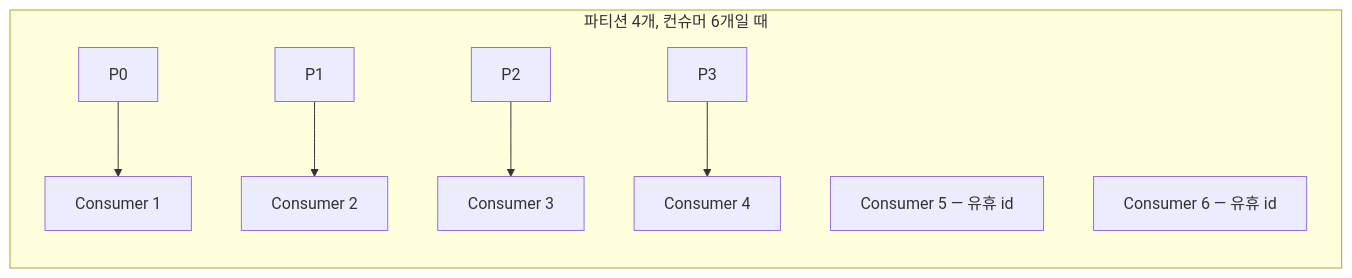
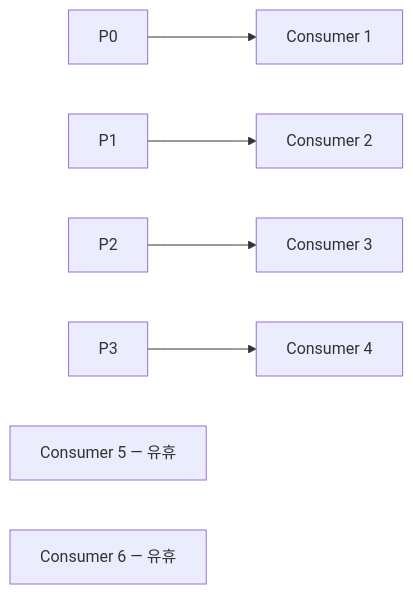
The sixth of 17 diagrams in _posts/kafka/2026-05-01-kafka-fundamentals.md (yjkim2015/yjkim2015.github.io), drawn with Mermaid before and after one commit. The commit also changed other lines of this file and 155 other files, not shown here.

First line of the commit message:
Mermaid 전면 수정: subgraph 제거, participant/노드/줄수 축소 (342블록)

````diff
--- a/_posts/kafka/2026-05-01-kafka-fundamentals.md
+++ b/_posts/kafka/2026-05-01-kafka-fundamentals.md
@@ -190,11 +177,9 @@
 ```mermaid
 graph LR
-    subgraph partitions["파티션 4개, 컨슈머 6개일 때"]
-        P0[P0] --> C1[Consumer 1]
-        P1[P1] --> C2[Consumer 2]
-        P2[P2] --> C3[Consumer 3]
-        P3[P3] --> C4[Consumer 4]
-        IDLE1["Consumer 5 — 유휴 id"]
-        IDLE2["Consumer 6 — 유휴 id"]
-    end
+    P0[P0] --> C1[Consumer 1]
+    P1[P1] --> C2[Consumer 2]
+    P2[P2] --> C3[Consumer 3]
+    P3[P3] --> C4[Consumer 4]
+    IDLE1["Consumer 5 — 유휴"]
+    IDLE2["Consumer 6 — 유휴"]
 ```
````
